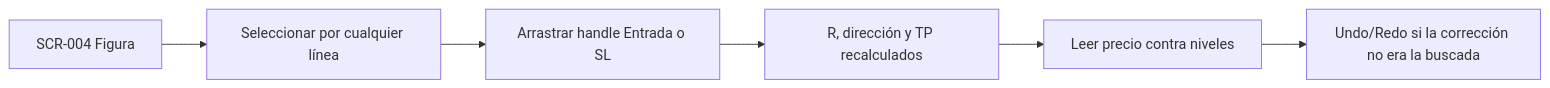
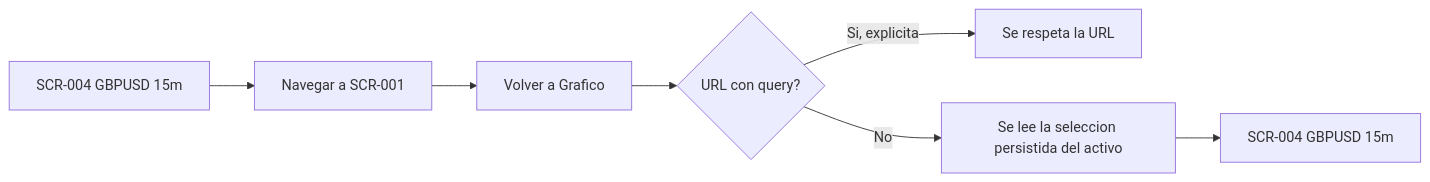
One commit to villarrealfx/fx_trad changed the second of 3 diagrams in _docs/ux/user-journeys.md. Above: the diagram before and after it, drawn with Mermaid. The commit also changed other lines of this file and 22 other files, not shown here.

````diff
--- a/_docs/ux/user-journeys.md
+++ b/_docs/ux/user-journeys.md
@@ -58,8 +55,9 @@
 ```mermaid
 graph LR
-  A[SCR-004 Figura] --> B[Seleccionar por cualquier línea]
-  B --> C[Arrastrar handle Entrada o SL]
-  C --> D[R, dirección y TP recalculados]
-  D --> E[Leer precio contra niveles]
-  E --> F[Undo/Redo si la corrección no era la buscada]
+  A[SCR-004 GBPUSD 15m] --> B[Navegar a SCR-001]
+  B --> C[Volver a Grafico]
+  C --> D{URL con query?}
+  D -->|Si, explicita| E[Se respeta la URL]
+  D -->|No| F[Se lee la seleccion persistida del activo]
+  F --> G[SCR-004 GBPUSD 15m]
 ```
````
